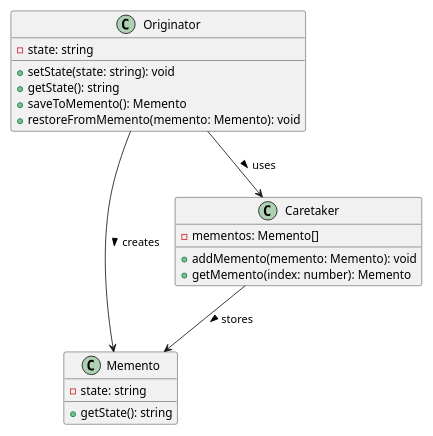
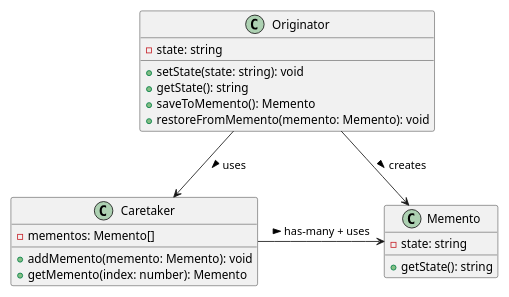
One commit to MC-Spraint/DSA-IN_TS-2024 changed diagram 11 of 11 in interview_prep/diagram.md. Above: the diagram before and after it, drawn with PlantUML. The commit also changed other lines of this file and 7 other files, not shown here.

```diff
--- a/interview_prep/diagram.md
+++ b/interview_prep/diagram.md
@@ -389,25 +374,25 @@
 @startuml
 scale 0.8
 class Originator {
   - state: string
   + setState(state: string): void
   + getState(): string
   + saveToMemento(): Memento
   + restoreFromMemento(memento: Memento): void
 }
 
 class Memento {
   - state: string
   + getState(): string
 }
 
 class Caretaker {
   - mementos: Memento[]
   + addMemento(memento: Memento): void
   + getMemento(index: number): Memento
 }
 
 Originator --> Memento : creates >
 Originator --> Caretaker : uses >
-Caretaker --> Memento : stores >
+Caretaker -right-> Memento : has-many + uses >
 @enduml
```
